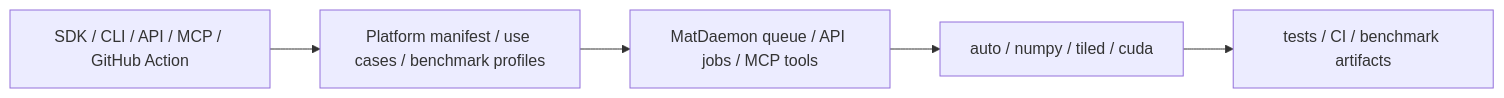
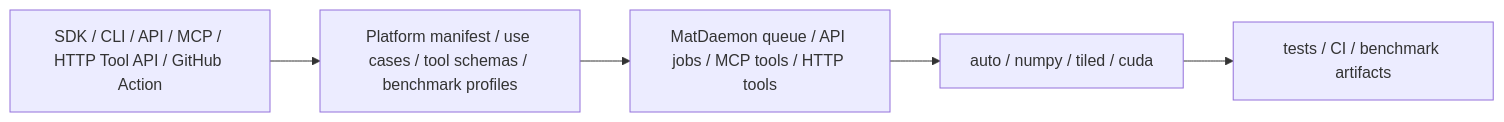
Before and after one commit to ItsNotAILABS/MatDaemon: the diagram in README.md, drawn with Mermaid. The commit also changed other lines of this file, not shown here.

Commit message:
Document HTTP tool API and publishing path in README

````diff
--- a/README.md
+++ b/README.md
@@ -239,10 +262,10 @@
 ```mermaid
 flowchart LR
-    clients[SDK / CLI / API / MCP / GitHub Action]
-    contracts[Platform manifest / use cases / benchmark profiles]
-    orchestration[MatDaemon queue / API jobs / MCP tools]
+    clients[SDK / CLI / API / MCP / HTTP Tool API / GitHub Action]
+    contracts[Platform manifest / use cases / tool schemas / benchmark profiles]
+    orchestration[MatDaemon queue / API jobs / MCP tools / HTTP tools]
     compute[auto / numpy / tiled / cuda]
     proof[tests / CI / benchmark artifacts]
 
     clients --> contracts --> orchestration --> compute --> proof
 ```
````
